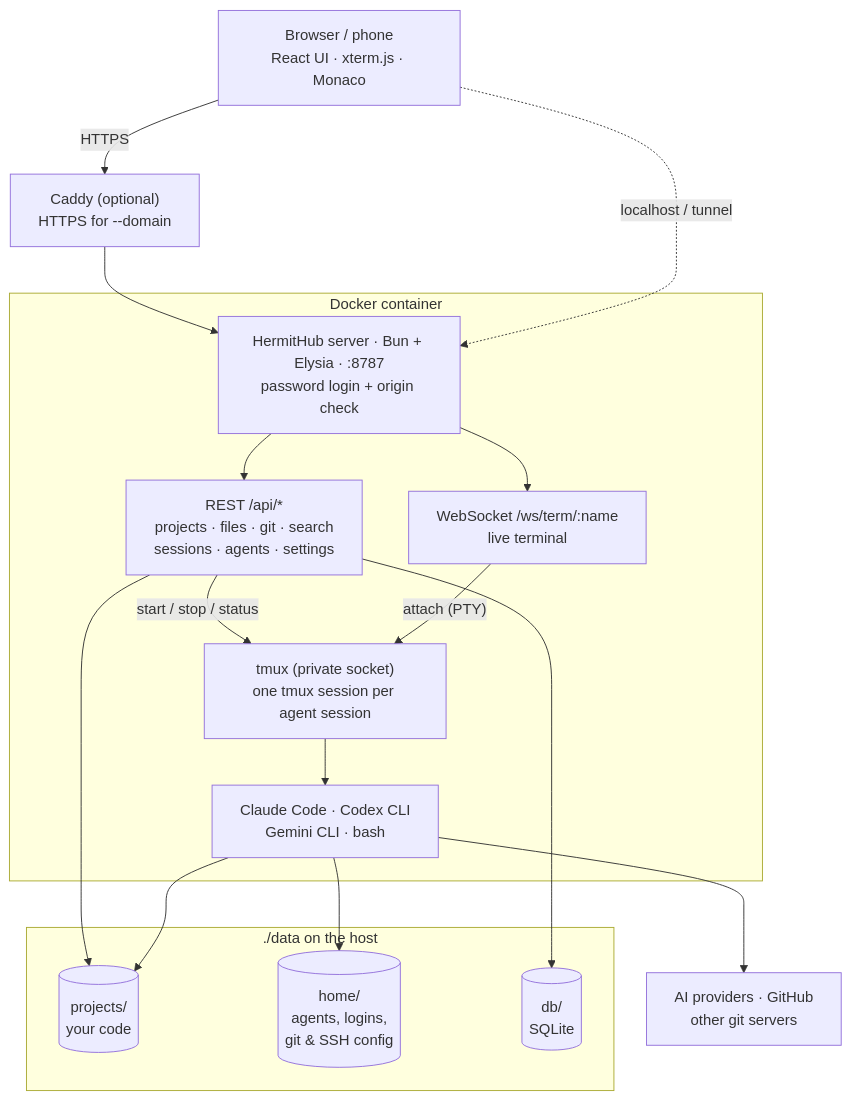
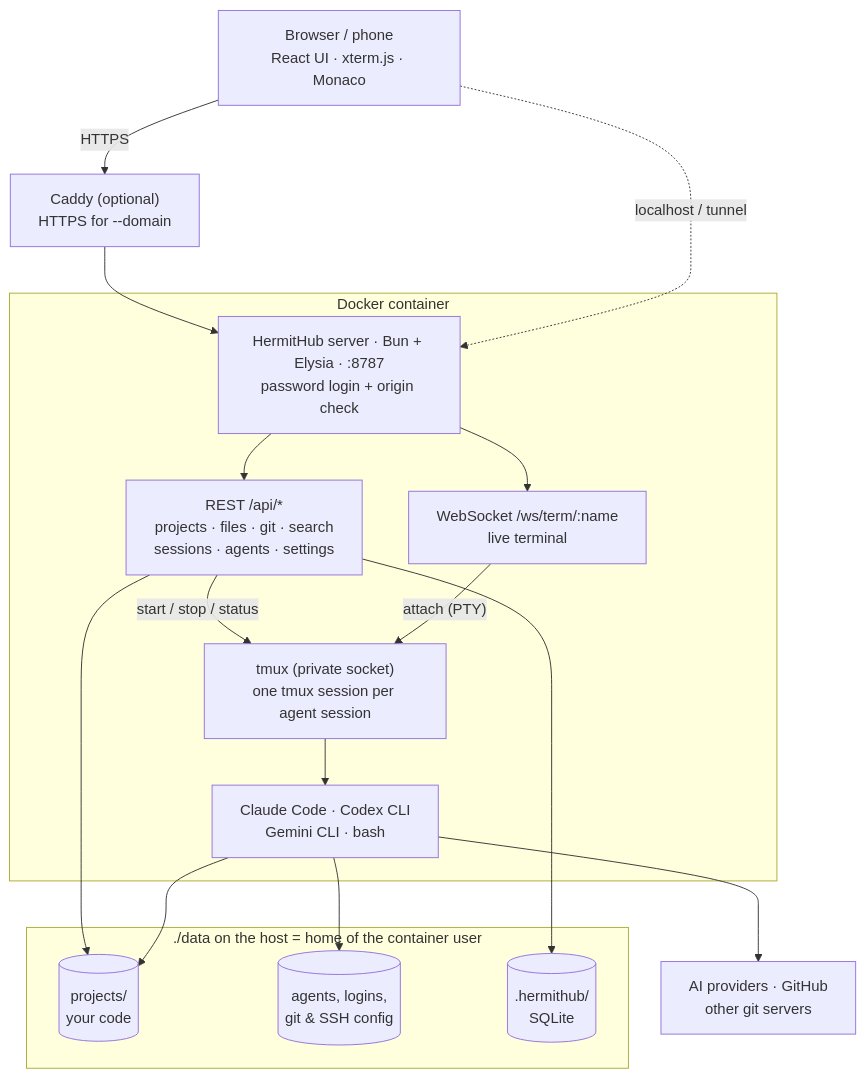
Before and after one commit to suriyadi15/hermithub: the diagram in docs/diagrams/architecture.mmd, drawn with Mermaid. The commit also changed 54 other files, not shown here.

```diff
--- a/docs/diagrams/architecture.mmd
+++ b/docs/diagrams/architecture.mmd
@@ -1,33 +1,33 @@
 flowchart TB
     user["Browser / phone<br/>React UI · xterm.js · Monaco"]
     caddy["Caddy (optional)<br/>HTTPS for --domain"]
 
     subgraph container["Docker container"]
         server["HermitHub server · Bun + Elysia · :8787<br/>password login + origin check"]
         api["REST /api/*<br/>projects · files · git · search<br/>sessions · agents · settings"]
         ws["WebSocket /ws/term/:name<br/>live terminal"]
         tmux["tmux (private socket)<br/>one tmux session per agent session"]
         agents["Claude Code · Codex CLI<br/>Gemini CLI · bash"]
     end
 
-    subgraph data["./data on the host"]
+    subgraph data["./data on the host = home of the container user"]
         projects[("projects/<br/>your code")]
-        home[("home/<br/>agents, logins,<br/>git & SSH config")]
-        db[("db/<br/>SQLite")]
+        home[("agents, logins,<br/>git & SSH config")]
+        db[(".hermithub/<br/>SQLite")]
     end
 
     cloud["AI providers · GitHub<br/>other git servers"]
 
     user -- "HTTPS" --> caddy
     caddy --> server
     user -. "localhost / tunnel" .-> server
     server --> api
     server --> ws
     api -- "start / stop / status" --> tmux
     ws -- "attach (PTY)" --> tmux
     tmux --> agents
     api --> db
     api --> projects
     agents --> projects
     agents --> home
     agents --> cloud
```
